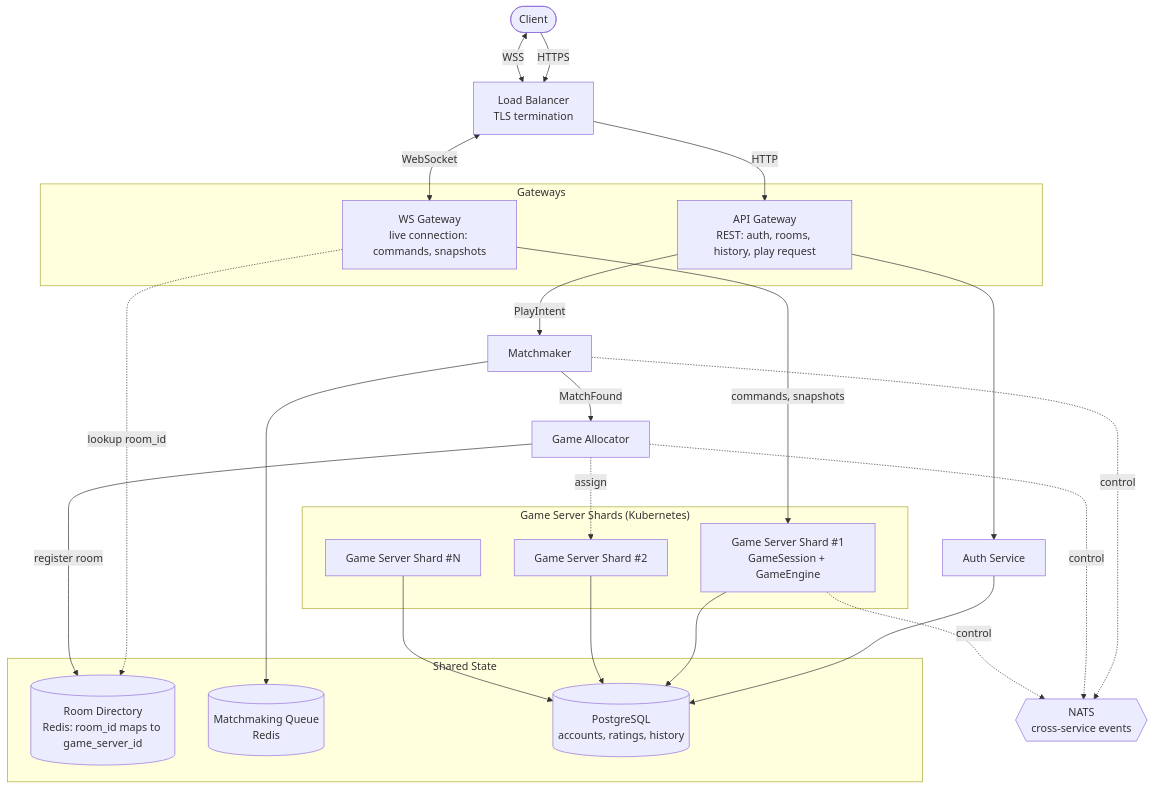
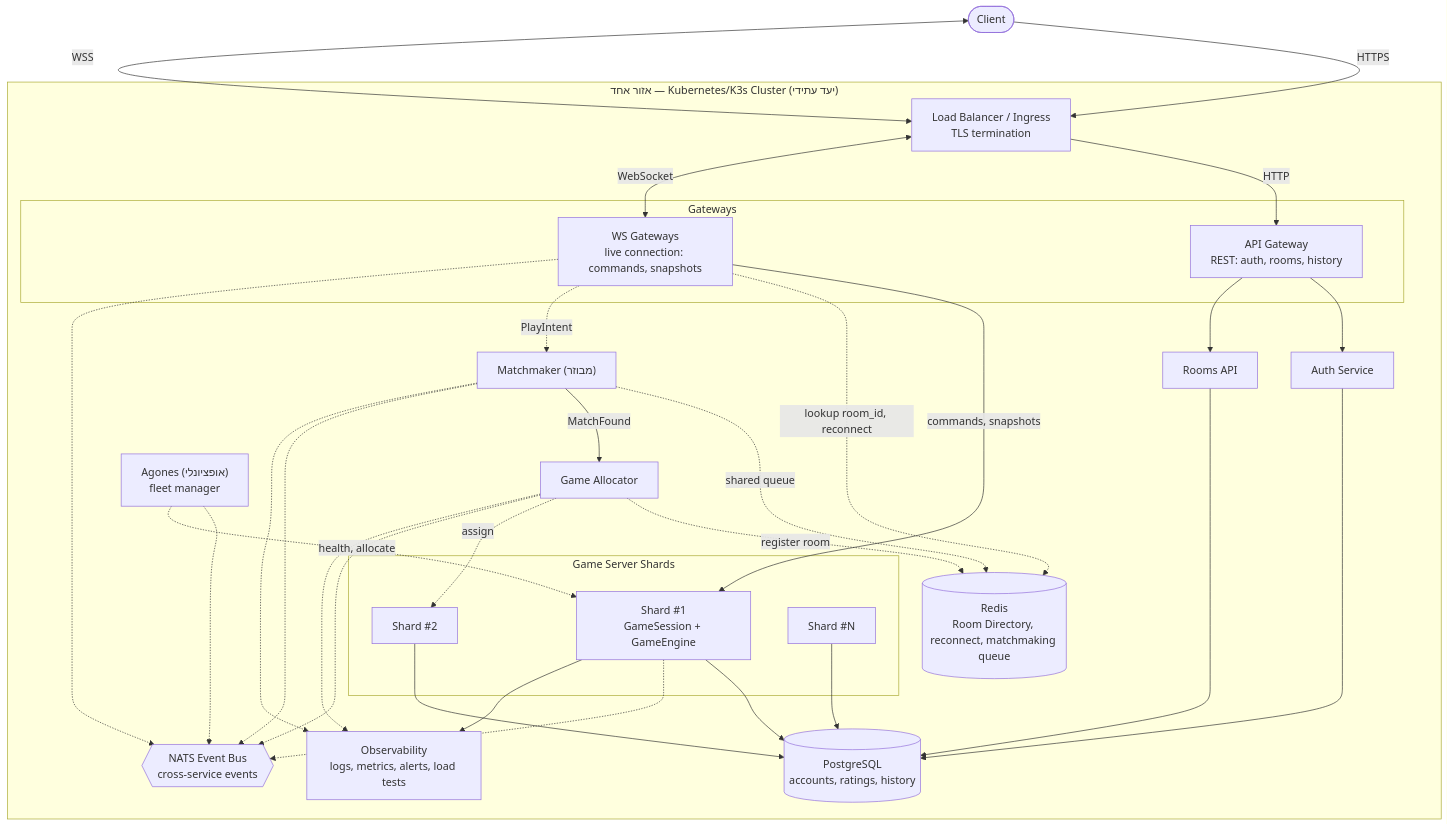
The second of 2 diagrams in Server_Design.md (dassikelerman/KFChess), drawn with Mermaid before and after one commit. The commit also changed other lines of this file and 18 other files, not shown here.

First line of the commit message:
Rebuild single-server architecture on 150473a with 5 approved code-quality improvements

````diff
--- a/Server_Design.md
+++ b/Server_Design.md
@@ -70,53 +137,64 @@
 ```mermaid
 flowchart TB
     Client(["Client"])
-    LB["Load Balancer<br/>TLS termination"]
 
-    subgraph GW["Gateways"]
-        APIGW["API Gateway<br/>REST: auth, rooms, history, play request"]
-        WSGW["WS Gateway<br/>live connection: commands, snapshots"]
+    subgraph Region["אזור אחד — Kubernetes/K3s Cluster (יעד עתידי)"]
+        LB["Load Balancer / Ingress<br/>TLS termination"]
+
+        subgraph GW["Gateways"]
+            APIGW["API Gateway<br/>REST: auth, rooms, history"]
+            WSGW["WS Gateways<br/>live connection: commands, snapshots"]
+        end
+
+        Auth["Auth Service"]
+        RoomsAPI["Rooms API"]
+        MM["Matchmaker (מבוזר)"]
+        GA["Game Allocator"]
+        Agones["Agones (אופציונלי)<br/>fleet manager"]
+        Bus{{"NATS Event Bus<br/>cross-service events"}}
+
+        subgraph Shards["Game Server Shards"]
+            GS1["Shard #1<br/>GameSession + GameEngine"]
+            GS2["Shard #2"]
+            GSN["Shard #N"]
+        end
+
+        PG[("PostgreSQL<br/>accounts, ratings, history")]
+        Redis[("Redis<br/>Room Directory, reconnect, matchmaking queue")]
+        Obs["Observability<br/>logs, metrics, alerts, load tests"]
     end
-
-    Auth["Auth Service"]
-    MM["Matchmaker"]
-    GA["Game Allocator"]
-
-    subgraph Shared["Shared State"]
-        Dir[("Room Directory<br/>Redis: room_id maps to game_server_id")]
-        Q[("Matchmaking Queue<br/>Redis")]
-        PG[("PostgreSQL<br/>accounts, ratings, history")]
-    end
-
-    subgraph Shards["Game Server Shards (Kubernetes)"]
-        GS1["Game Server Shard #1<br/>GameSession + GameEngine"]
-        GS2["Game Server Shard #2"]
-        GSN["Game Server Shard #N"]
-    end
-
-    Bus{{"NATS<br/>cross-service events"}}
 
     Client -->|HTTPS| LB
     Client <-->|WSS| LB
     LB -->|HTTP| APIGW
     LB <-->|WebSocket| WSGW
 
     APIGW --> Auth
+    APIGW --> RoomsAPI
     Auth --> PG
-    APIGW -->|PlayIntent| MM
+    RoomsAPI --> PG
 
     WSGW -->|commands, snapshots| GS1
-    WSGW -.->|lookup room_id| Dir
+    WSGW -.->|lookup room_id, reconnect| Redis
+    WSGW -.->|PlayIntent| MM
 
-    MM --> Q
+    MM -.->|shared queue| Redis
     MM -->|MatchFound| GA
-    GA -->|register room| Dir
+    GA -.->|register room| Redis
     GA -.->|assign| GS2
+
+    MM -.-> Bus
+    GA -.-> Bus
+    WSGW -.-> Bus
+    Agones -.-> Bus
+    Agones -.->|health, allocate| GS1
 
     GS1 --> PG
     GS2 --> PG
     GSN --> PG
+    GS1 -.-> Bus
 
-    MM -.->|control| Bus
-    GA -.->|control| Bus
-    GS1 -.->|control| Bus
+    GS1 --> Obs
+    MM -.-> Obs
+    GA -.-> Obs
 ```
````
